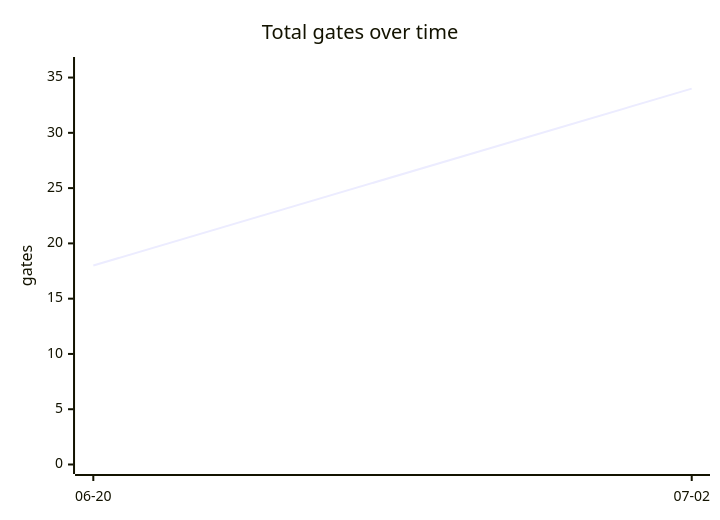
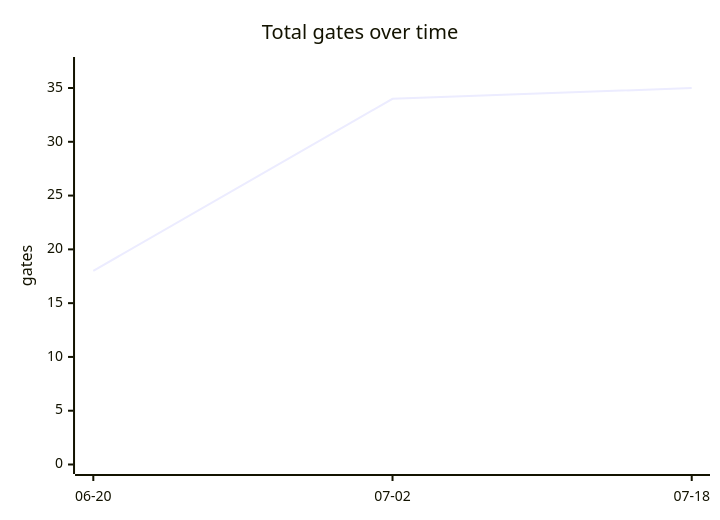
The third of 4 diagrams in docs/harness-status.md (Yos-K/gatecrate), drawn with Mermaid before and after one commit. The commit also changed other lines of this file and 1 other file, not shown here.

````diff
--- a/docs/harness-status.md
+++ b/docs/harness-status.md
@@ -37,7 +37,7 @@
 ```mermaid
 xychart-beta
     title "Total gates over time"
-    x-axis ["06-20", "07-02"]
-    y-axis "gates" 0 --> 36
-    line [18, 34]
+    x-axis ["06-20", "07-02", "07-18"]
+    y-axis "gates" 0 --> 37
+    line [18, 34, 35]
 ```
````
